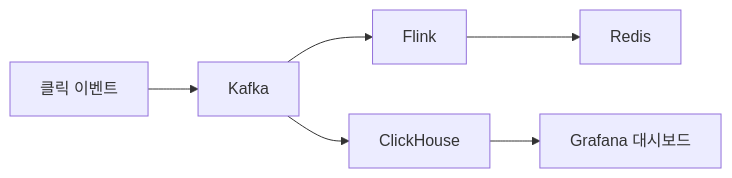
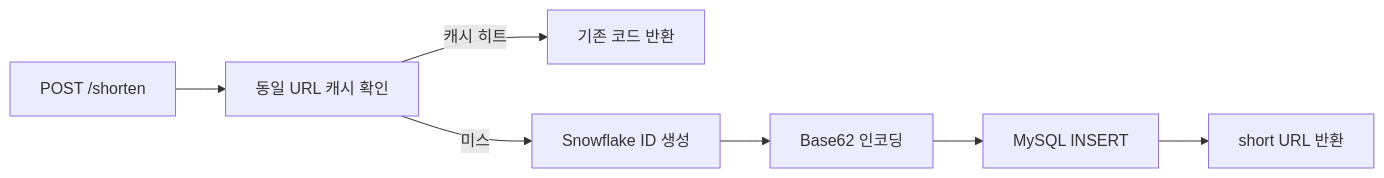
The fourth of 6 diagrams in _posts/systemdesign/2026-05-02-system-design-url-shortener.md (yjkim2015/yjkim2015.github.io), drawn with Mermaid before and after one commit. The commit also changed other lines of this file and 4 other files, not shown here.

````diff
--- a/_posts/systemdesign/2026-05-02-system-design-url-shortener.md
+++ b/_posts/systemdesign/2026-05-02-system-design-url-shortener.md
@@ -279,8 +399,9 @@
 ```mermaid
 graph LR
-    Click["클릭 이벤트"] --> Kafka["Kafka"]
-    Kafka --> Flink["Flink"]
-    Kafka --> CH["ClickHouse"]
-    Flink --> Redis["Redis"]
-    CH --> Dashboard["Grafana 대시보드"]
+    REQ["POST /shorten"] --> CHECK["동일 URL 캐시 확인"]
+    CHECK -->|"캐시 히트"| EXIST["기존 코드 반환"]
+    CHECK -->|"미스"| SNOW["Snowflake ID 생성"]
+    SNOW --> B62["Base62 인코딩"]
+    B62 --> SAVE["MySQL INSERT"]
+    SAVE --> RET["short URL 반환"]
 ```
````
